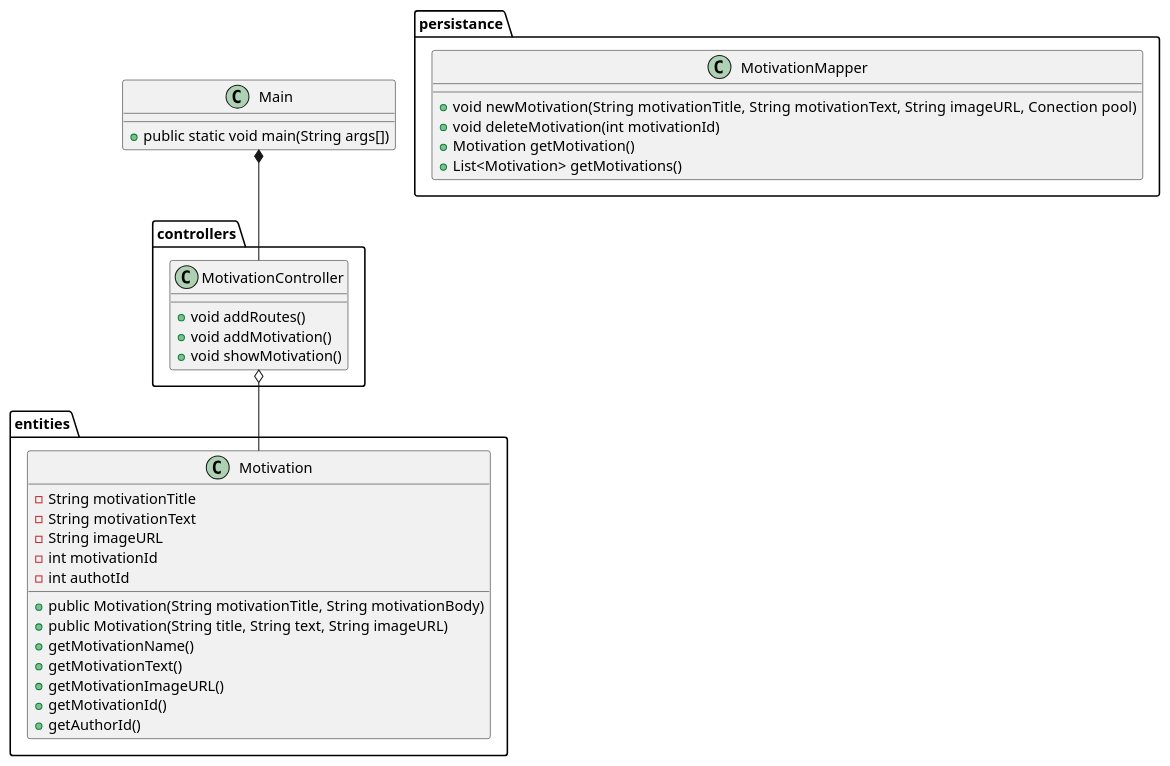
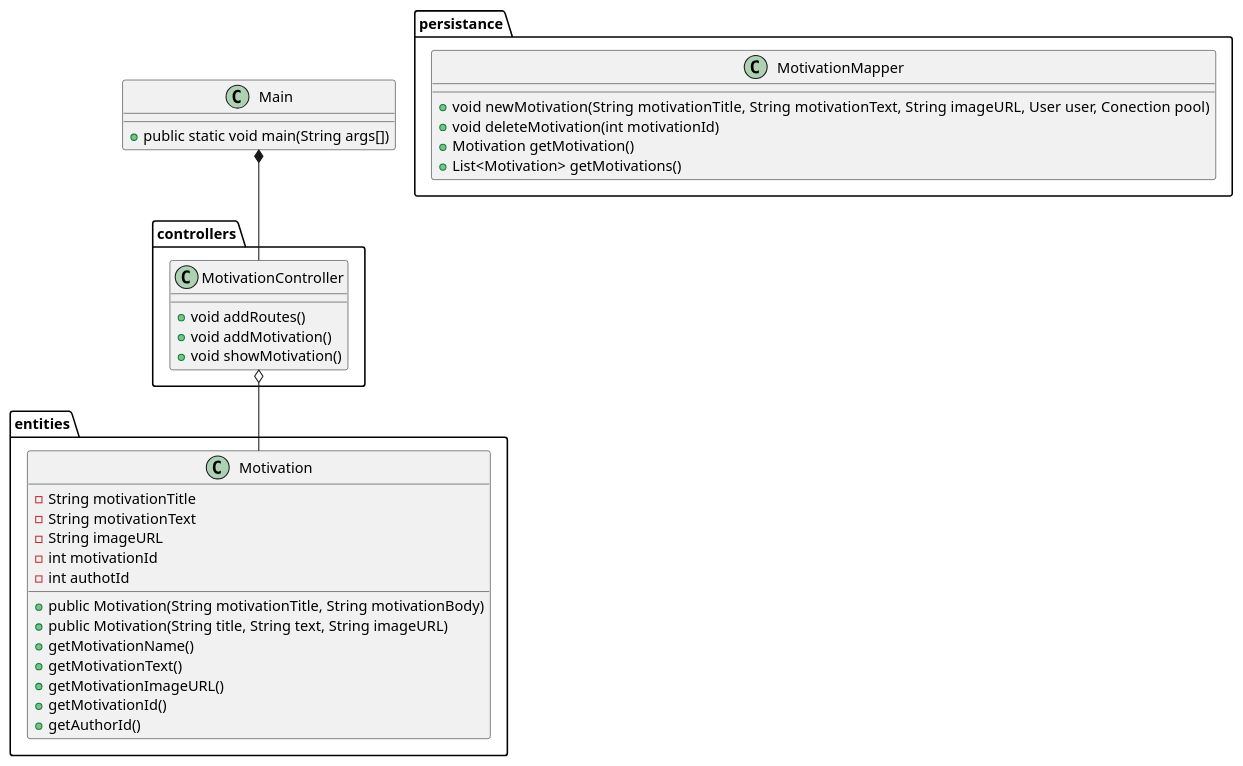
One commit to crstrskp/lifehack_e24 changed the diagram in docs/diagramv1.puml. Above: the diagram before and after it, drawn with PlantUML. The commit also changed 1 other file, not shown here.

Commit message:
added authorId to newMotivation mapper

```diff
--- a/docs/diagramv1.puml
+++ b/docs/diagramv1.puml
@@ -1,41 +1,41 @@
 @startuml
 'https://plantuml.com/class-diagram
 
 class Main {
 + public static void main(String args[])
 }
 package entities {
     class Motivation {
     - String motivationTitle
     - String motivationText
     - String imageURL
     - int motivationId
     - int authotId
     + public Motivation(String motivationTitle, String motivationBody)
     + public Motivation(String title, String text, String imageURL)
     + getMotivationName()
     + getMotivationText()
     + getMotivationImageURL()
     + getMotivationId()
     + getAuthorId()
     }
 }
 package persistance {
     class MotivationMapper {
-    + void newMotivation(String motivationTitle, String motivationText,  String imageURL, Conection pool)
+    + void newMotivation(String motivationTitle, String motivationText,  String imageURL, User user, Conection pool)
     + void deleteMotivation(int motivationId)
     + Motivation getMotivation()
     + List<Motivation> getMotivations()
 
     }
 }
 package controllers {
     class MotivationController {
     + void addRoutes()
     + void addMotivation()
     + void showMotivation()
     }
 }
 Main *-- MotivationController
 MotivationController o-- Motivation
 @enduml
```
